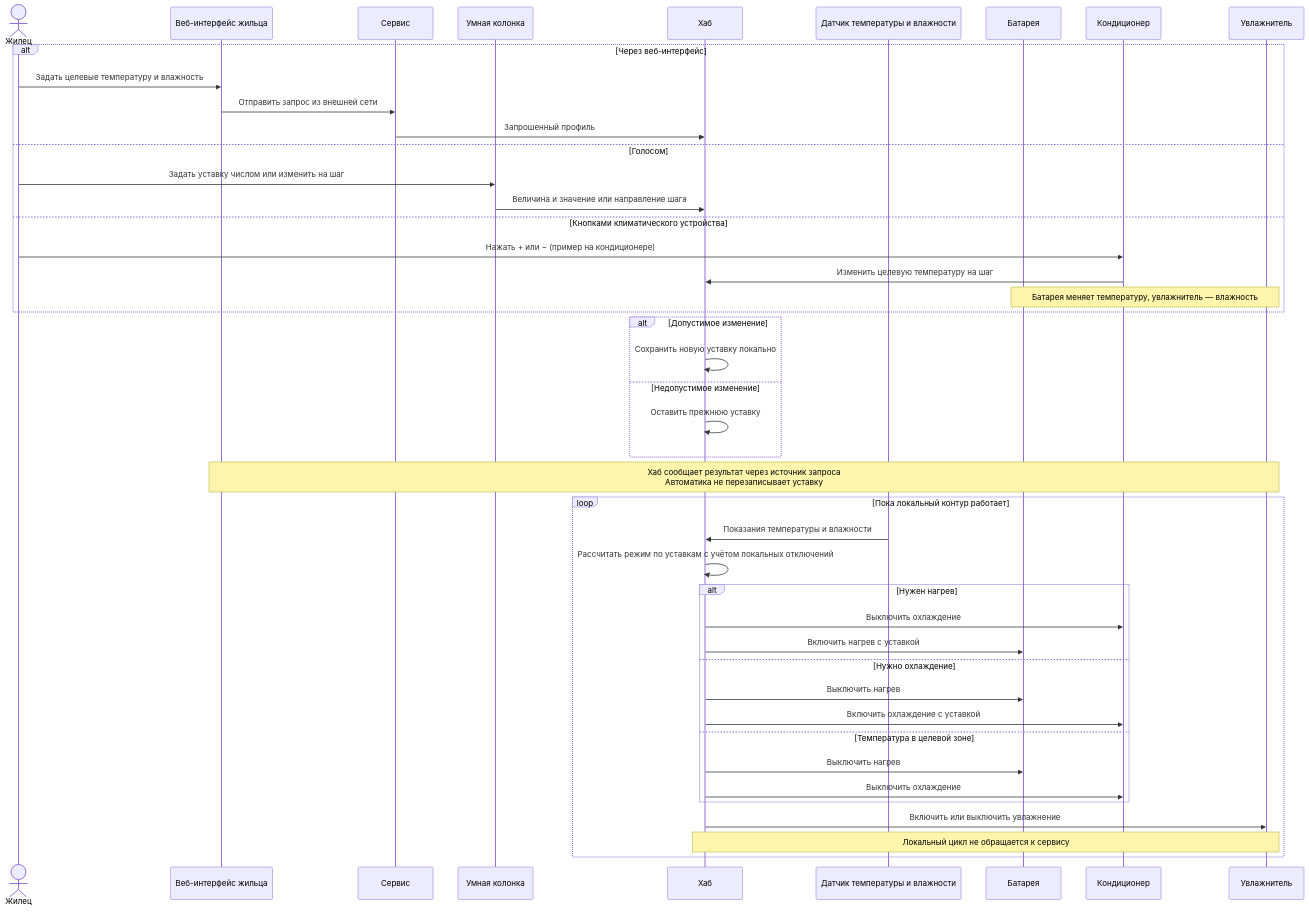
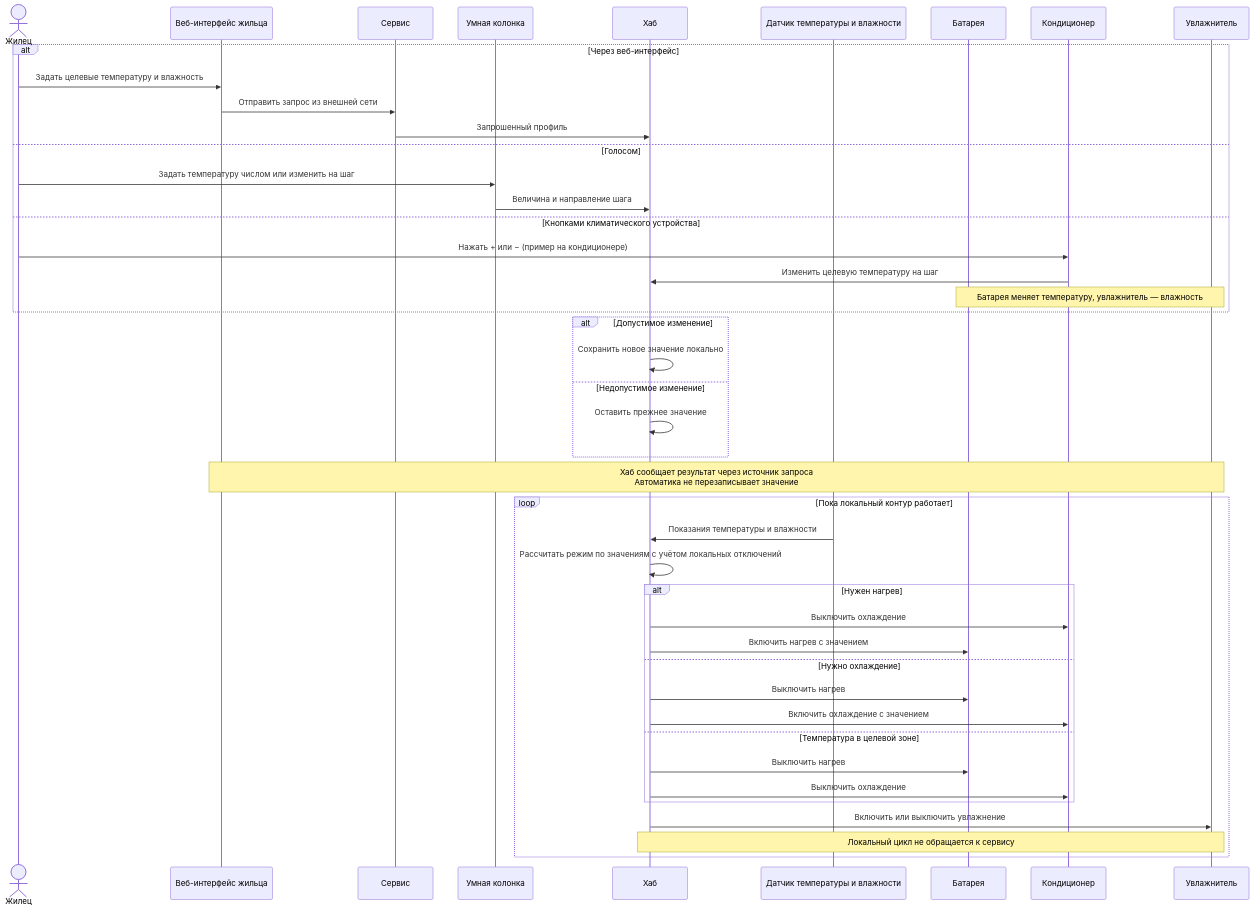
One commit to BPLA-Team/carrot-apples changed the diagram in contractor_side/hla_scenarios/S01_CLIMATE.md. Above: the diagram before and after it, drawn with Mermaid.

Commit message:
docs(scenarios): update hla S01

````diff
--- a/contractor_side/hla_scenarios/S01_CLIMATE.md
+++ b/contractor_side/hla_scenarios/S01_CLIMATE.md
@@ -3,46 +3,46 @@
 ```mermaid
 sequenceDiagram
     actor R as Жилец
     participant W as Веб-интерфейс жильца
     participant S as Сервис
     participant K as Умная колонка
     participant H as Хаб
     participant D as Датчик температуры и влажности
     participant B as Батарея
     participant C as Кондиционер
     participant U as Увлажнитель
     alt Через веб-интерфейс
         R->>W: Задать целевые температуру и влажность
         W->>S: Отправить запрос из внешней сети
         S->>H: Запрошенный профиль
     else Голосом
-        R->>K: Задать уставку числом или изменить на шаг
-        K->>H: Величина и значение или направление шага
+        R->>K: Задать температуру числом или изменить на шаг
+        K->>H: Величина и направление шага
     else Кнопками климатического устройства
         R->>C: Нажать + или − (пример на кондиционере)
         C->>H: Изменить целевую температуру на шаг
         Note over B,U: Батарея меняет температуру, увлажнитель — влажность
     end
     alt Допустимое изменение
-        H->>H: Сохранить новую уставку локально
+        H->>H: Сохранить новое значение локально
     else Недопустимое изменение
-        H->>H: Оставить прежнюю уставку
+        H->>H: Оставить прежнее значение
     end
-    Note over W,U: Хаб сообщает результат через источник запроса<br/>Автоматика не перезаписывает уставку
+    Note over W,U: Хаб сообщает результат через источник запроса<br/>Автоматика не перезаписывает значение
     loop Пока локальный контур работает
         D->>H: Показания температуры и влажности
-        H->>H: Рассчитать режим по уставкам с учётом локальных отключений
+        H->>H: Рассчитать режим по значениям с учётом локальных отключений
         alt Нужен нагрев
             H->>C: Выключить охлаждение
-            H->>B: Включить нагрев с уставкой
+            H->>B: Включить нагрев с значением
         else Нужно охлаждение
             H->>B: Выключить нагрев
-            H->>C: Включить охлаждение с уставкой
+            H->>C: Включить охлаждение с значением
         else Температура в целевой зоне
             H->>B: Выключить нагрев
             H->>C: Выключить охлаждение
         end
         H->>U: Включить или выключить увлажнение
         Note over H,U: Локальный цикл не обращается к сервису
     end
 ```
````
